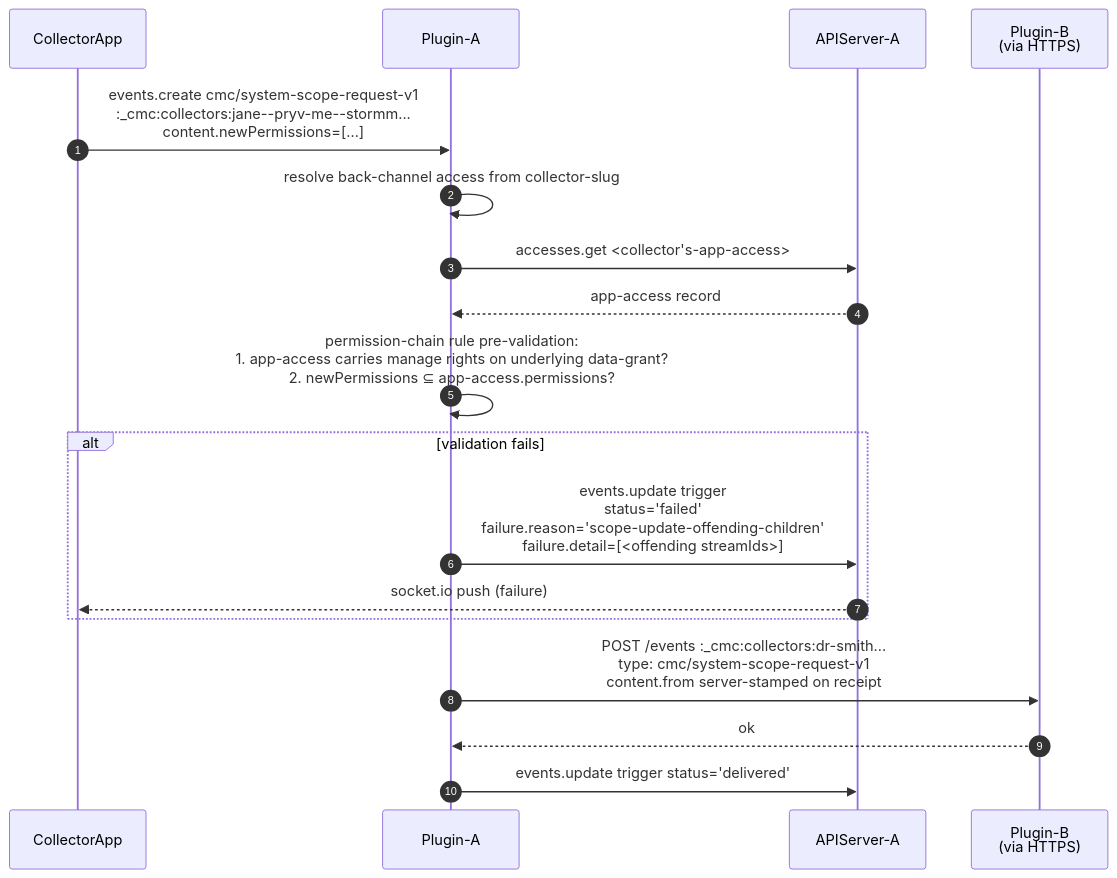
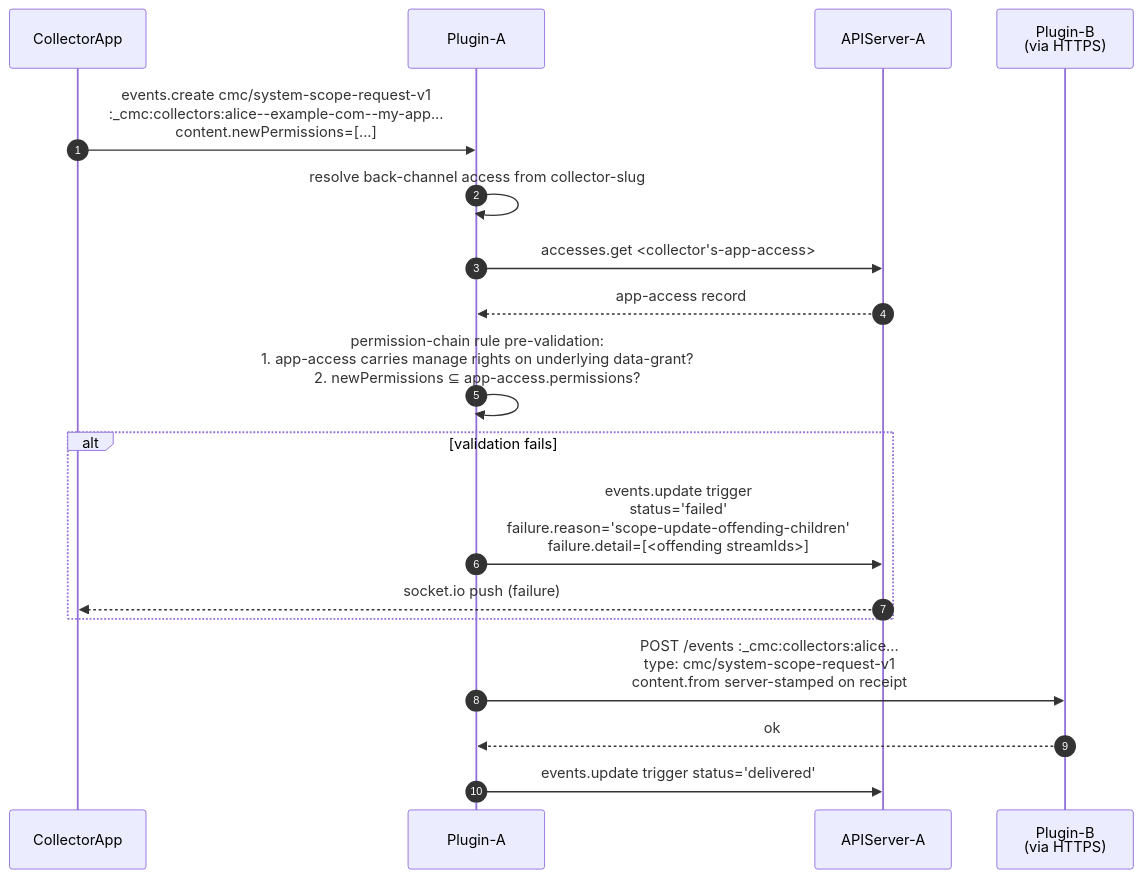
One commit to pryv/open-pryv.io changed the eighth of 14 diagrams in components/cmc/INTERNALS.md. Above: the diagram before and after it, drawn with Mermaid. The commit also changed other lines of this file and 20 other files, not shown here.

````diff
--- a/components/cmc/INTERNALS.md
+++ b/components/cmc/INTERNALS.md
@@ -358,21 +358,21 @@
 ```mermaid
 sequenceDiagram
     autonumber
     participant CollectorApp
     participant Plugin as Plugin-A
     participant APIServer as APIServer-A
     participant Peer as Plugin-B<br/>(via HTTPS)
 
-    CollectorApp->>Plugin: events.create cmc/system-scope-request-v1<br/>:_cmc:collectors:jane--pryv-me--stormm...<br/>content.newPermissions=[...]
+    CollectorApp->>Plugin: events.create cmc/system-scope-request-v1<br/>:_cmc:collectors:alice--example-com--my-app...<br/>content.newPermissions=[...]
     Plugin->>Plugin: resolve back-channel access from collector-slug
     Plugin->>APIServer: accesses.get <collector's-app-access>
     APIServer-->>Plugin: app-access record
     Plugin->>Plugin: permission-chain rule pre-validation:<br/>1. app-access carries manage rights on underlying data-grant?<br/>2. newPermissions ⊆ app-access.permissions?
     alt validation fails
         Plugin->>APIServer: events.update trigger<br/>status='failed'<br/>failure.reason='scope-update-offending-children'<br/>failure.detail=[<offending streamIds>]
         APIServer-->>CollectorApp: socket.io push (failure)
     end
-    Plugin->>Peer: POST /events :_cmc:collectors:dr-smith...<br/>type: cmc/system-scope-request-v1<br/>content.from server-stamped on receipt
+    Plugin->>Peer: POST /events :_cmc:collectors:alice...<br/>type: cmc/system-scope-request-v1<br/>content.from server-stamped on receipt
     Peer-->>Plugin: ok
     Plugin->>APIServer: events.update trigger status='delivered'
 ```
````
